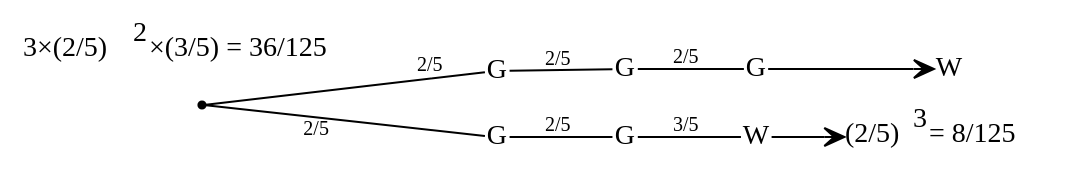
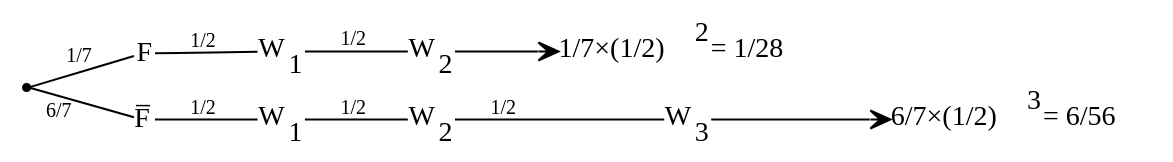
One commit to daiki-kaneda/problem_graph changed the diagram in problem4_2.dot. Above: the diagram before and after it, drawn with Graphviz.

```diff
--- a/problem4_2.dot
+++ b/problem4_2.dot
@@ -1,33 +1,35 @@
 digraph problem4_2 {
     rankdir = LR; // 左から右のレイアウトを指定
 
     // ダミーノード
     ""[shape=point];
 
     // ノードのスタイル設定
     node[shape=plain];
 
     // ノードの定義
-    node1 [label="G"];
-    node2 [label="G"];
-    node3 [label="G"];
-    node4 [label="G"];
-    node5 [label="G"];
-    node6 [label="W"];
-    node7 [label="W"];
-    node8 [label=<(2/5)<sup>3</sup> = 8/125>];
-    node9 [label=<3×(2/5)<sup>2</sup>×(3/5) = 36/125>];
+    node1 [label="F"];
+    node2 [label=<F&#x0305;>];
+    node3 [label=<W<sub>1</sub>>];
+    node4 [label=<W<sub>1</sub>>];
+    node5 [label=<W<sub>2</sub>>];
+    node6 [label=<W<sub>2</sub>>];
+    node7 [label=<W<sub>3</sub>>];
+    node8 [label=<1/7×(1/2)<sup>2</sup> = 1/28>];
+    node9 [label=<6/7×(1/2)<sup>3</sup> = 6/56>];
 
     // エッジの定義（有向）
-    "" -> node1 [label=<<font point-size="10" color="black">2/5</font>>, arrowhead=none];
-    "" -> node2 [xlabel=<<font point-size="10" color="black">2/5</font>>, arrowhead=none];
+    "" -> node1 [label=<<font point-size="10" color="black">1/7</font>>, arrowhead=none];
+    "" -> node2 [xlabel=<<font point-size="10" color="black">6/7</font>>, arrowhead=none];
 
-    node1 -> node3 [label=<<font point-size="10" color="black">2/5</font>>, arrowhead=none];
-    node2 -> node4 [label=<<font point-size="10" color="black">2/5</font>>, arrowhead=none];
+    node1 -> node3 [label=<<font point-size="10" color="black">1/2</font>>, arrowhead=none];
+    node2 -> node4 [label=<<font point-size="10" color="black">1/2</font>>, arrowhead=none];
 
-    node3 -> node5 [label=<<font point-size="10" color="black">2/5</font>>, arrowhead=none];
-    node4 -> node6 [label=<<font point-size="10" color="black">3/5</font>>, arrowhead=none];
+    node3 -> node5 [label=<<font point-size="10" color="black">1/2</font>>, arrowhead=none];
+    node4 -> node6 [label=<<font point-size="10" color="black">1/2</font>>, arrowhead=none];
+    
+    node6 -> node7 [label=<<font point-size="10" color="black">1/2</font>>, arrowhead=none];
 
-    node5 -> node7 [arrowhead=vee];
-    node6 -> node8 [arrowhead=vee];
+    node5 -> node8 [arrowhead=vee];
+    node7 -> node9 [arrowhead=vee];
 }
```
